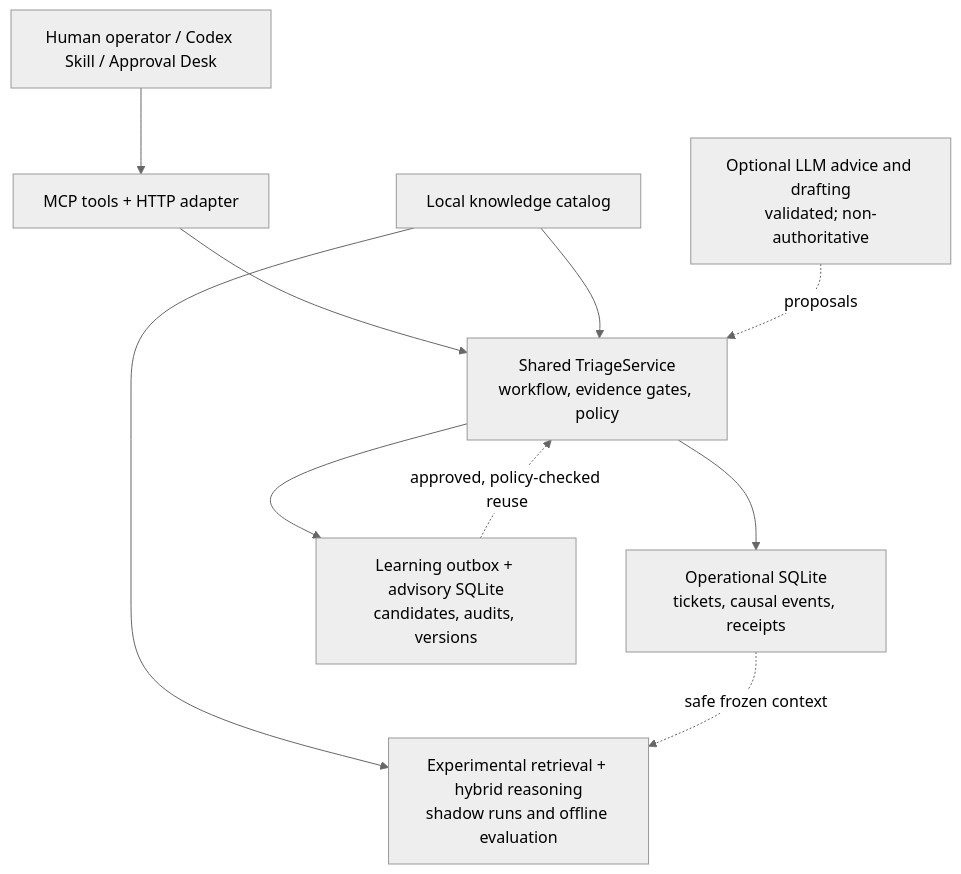
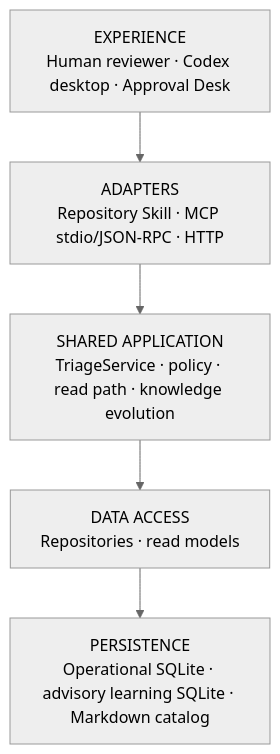
Before and after one commit to MatiasLaukka/Support-Ticket-Triage-MCP: the first of 5 diagrams in README.md, drawn with Mermaid (neutral theme). The commit also changed other lines of this file, not shown here.

Commit message:
docs: restore detailed technical README while leading with Knotty and Hybrid milestones

````diff
--- a/README.md
+++ b/README.md
@@ -106,20 +95,10 @@
-~~~mermaid
+```mermaid
 flowchart TB
-    Operator["Human operator / Codex Skill / Approval Desk"]
-    Adapters["MCP tools + HTTP adapter"]
-    Service["Shared TriageService<br/>workflow, evidence gates, policy"]
-    Store["Operational SQLite<br/>tickets, causal events, receipts"]
-    Catalog["Local knowledge catalog"]
-    AI["Optional LLM advice and drafting<br/>validated; non-authoritative"]
-    Learning["Learning outbox + advisory SQLite<br/>candidates, audits, versions"]
-    Shadow["Experimental retrieval + hybrid reasoning<br/>shadow runs and offline evaluation"]
+    Experience["EXPERIENCE<br/>Human reviewer · Codex desktop · Approval Desk"]
+    Adapters["ADAPTERS<br/>Repository Skill · MCP stdio/JSON-RPC · HTTP"]
+    Application["SHARED APPLICATION<br/>TriageService · policy · read path · knowledge evolution"]
+    DataAccess["DATA ACCESS<br/>Repositories · read models"]
+    Persistence["PERSISTENCE<br/>Operational SQLite · advisory learning SQLite · Markdown catalog"]
 
-    Operator --> Adapters --> Service
-    Catalog --> Service
-    AI -. "proposals" .-> Service
-    Service --> Store
-    Service --> Learning
-    Catalog --> Shadow
-    Store -. "safe frozen context" .-> Shadow
-    Learning -. "approved, policy-checked reuse" .-> Service
-~~~
+    Experience --> Adapters --> Application --> DataAccess --> Persistence
+```
````
